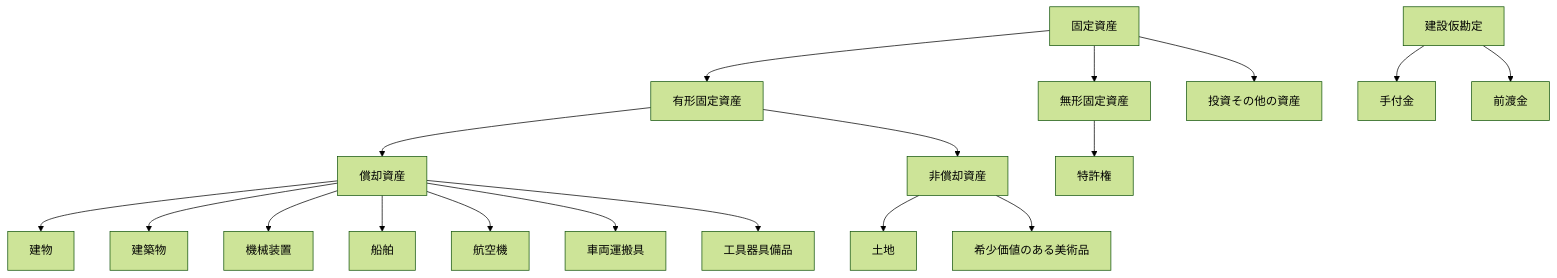
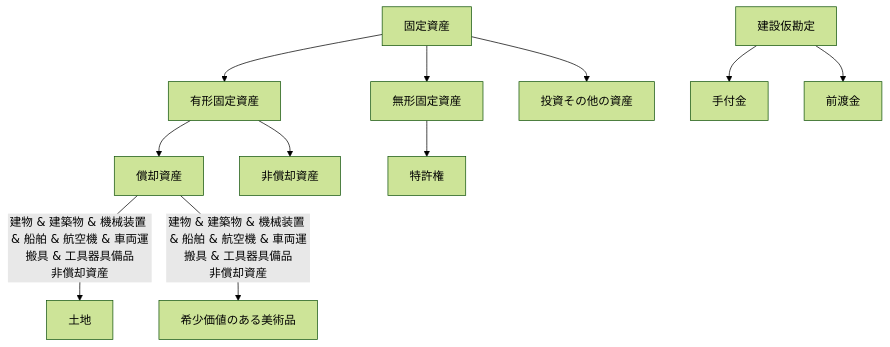
Before and after one commit to bebetakumi/mermaid: the diagram in 固定資産.md, drawn with Mermaid (forest theme).

````diff
--- a/固定資産.md
+++ b/固定資産.md
@@ -3,12 +3,12 @@
 ```mermaid
 graph TD
 
 固定資産 --> 有形固定資産 --> 償却資産
 固定資産 --> 無形固定資産 --> 特許権
 固定資産 --> 投資その他の資産
 有形固定資産 --> 非償却資産
-償却資産 --> 建物 & 建築物 & 機械装置 & 船舶 & 航空機 & 車両運搬具 & 工具器具備品
+償却資産 -- 建物 & 建築物 & 機械装置 & 船舶 & 航空機 & 車両運搬具 & 工具器具備品
 非償却資産 --> 土地 & 希少価値のある美術品
 建設仮勘定 --> 手付金 & 前渡金
 
 ```
````
